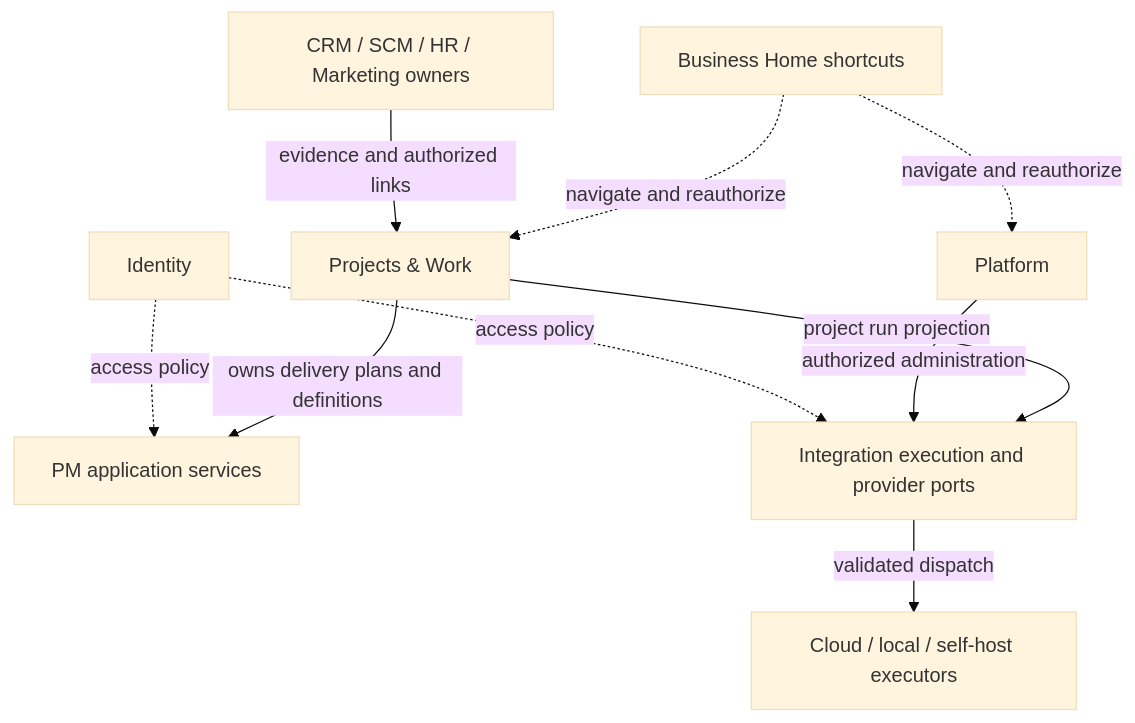
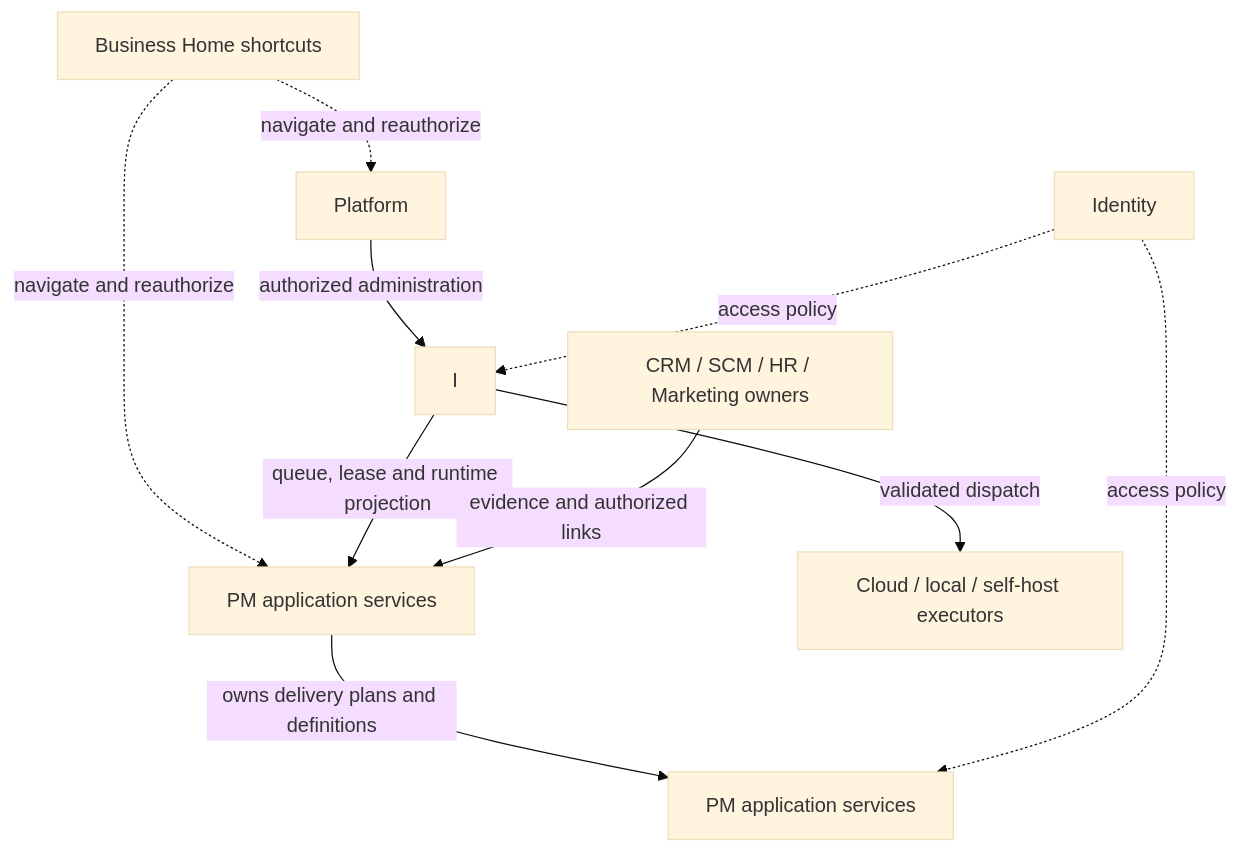
One commit to Freshair129/zuri.ai changed the second of 2 diagrams in docs/architecture/project-manager-system/13-DOMAIN-TAXONOMY-AND-NAVIGATION-BOUNDARIES.md. Above: the diagram before and after it, drawn with Mermaid (base theme). The commit also changed other lines of this file and 19 other files, not shown here.

````diff
--- a/docs/architecture/project-manager-system/13-DOMAIN-TAXONOMY-AND-NAVIGATION-BOUNDARIES.md
+++ b/docs/architecture/project-manager-system/13-DOMAIN-TAXONOMY-AND-NAVIGATION-BOUNDARIES.md
@@ -197,12 +197,12 @@
 ```mermaid
 flowchart TD
   H["Business Home shortcuts"] -.->|navigate and reauthorize| PM["Projects & Work"]
   H -.->|navigate and reauthorize| PL["Platform"]
   PM -->|owns delivery plans and definitions| PD["PM application services"]
-  PM -->|project run projection| I["Integration execution and provider ports"]
+  I -->|queue, lease and runtime projection| PM["PM application services"]
   PL -->|authorized administration| I
   I -->|validated dispatch| E["Cloud / local / self-host executors"]
   ID["Identity"] -.->|access policy| PD
   ID -.->|access policy| I
   B["CRM / SCM / HR / Marketing owners"] -->|evidence and authorized links| PM
 ```
````
